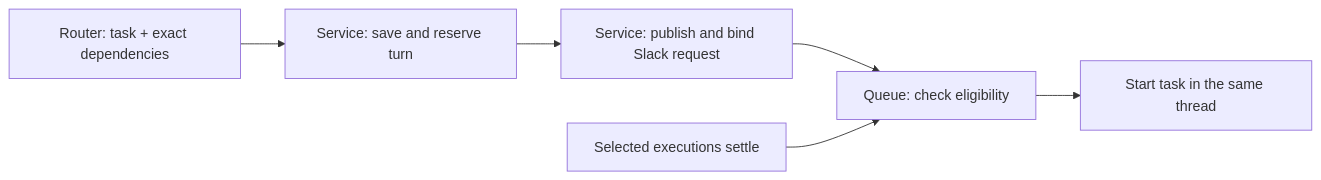
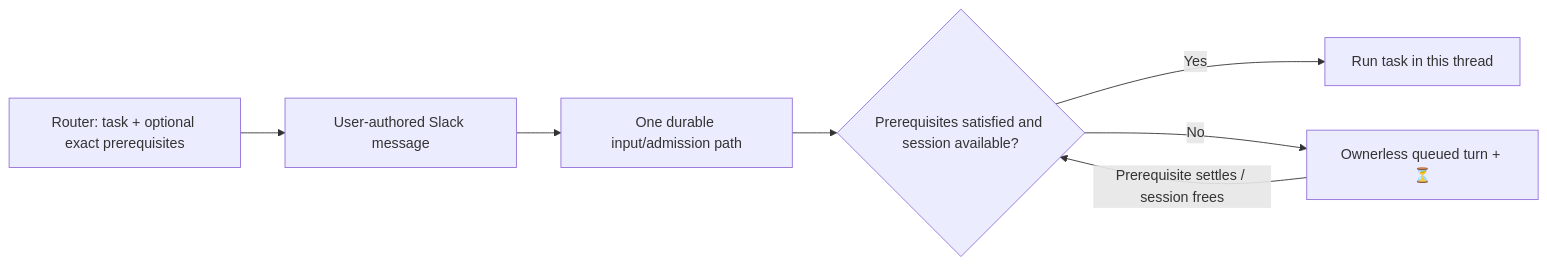
Before and after one commit to tejasdc/slack-concierge: the diagram in docs/plans/2026-09-10-wait-for-existing-work.md, drawn with Mermaid. The commit also changed other lines of this file and 1 other file, not shown here.

First line of the commit message:
Keep deferred requests user-authored through shared admission

````diff
--- a/docs/plans/2026-09-10-wait-for-existing-work.md
+++ b/docs/plans/2026-09-10-wait-for-existing-work.md
@@ -87,8 +62,9 @@
 ```mermaid
 flowchart LR
-  Router["Router: task + exact dependencies"] --> Saved["Service: save and reserve turn"]
-  Saved --> Slack["Service: publish and bind Slack request"]
-  Slack --> Check["Queue: check eligibility"]
-  Dependencies["Selected executions settle"] --> Check
-  Check --> Agent["Start task in the same thread"]
+  Router["Router: task + optional exact prerequisites"] --> Message["User-authored Slack message"]
+  Message --> Input["One durable input/admission path"]
+  Input --> Check{"Prerequisites satisfied and session available?"}
+  Check -->|Yes| Run["Run task in this thread"]
+  Check -->|No| Queued["Ownerless queued turn + ⏳"]
+  Queued -->|Prerequisite settles / session frees| Check
 ```
````
